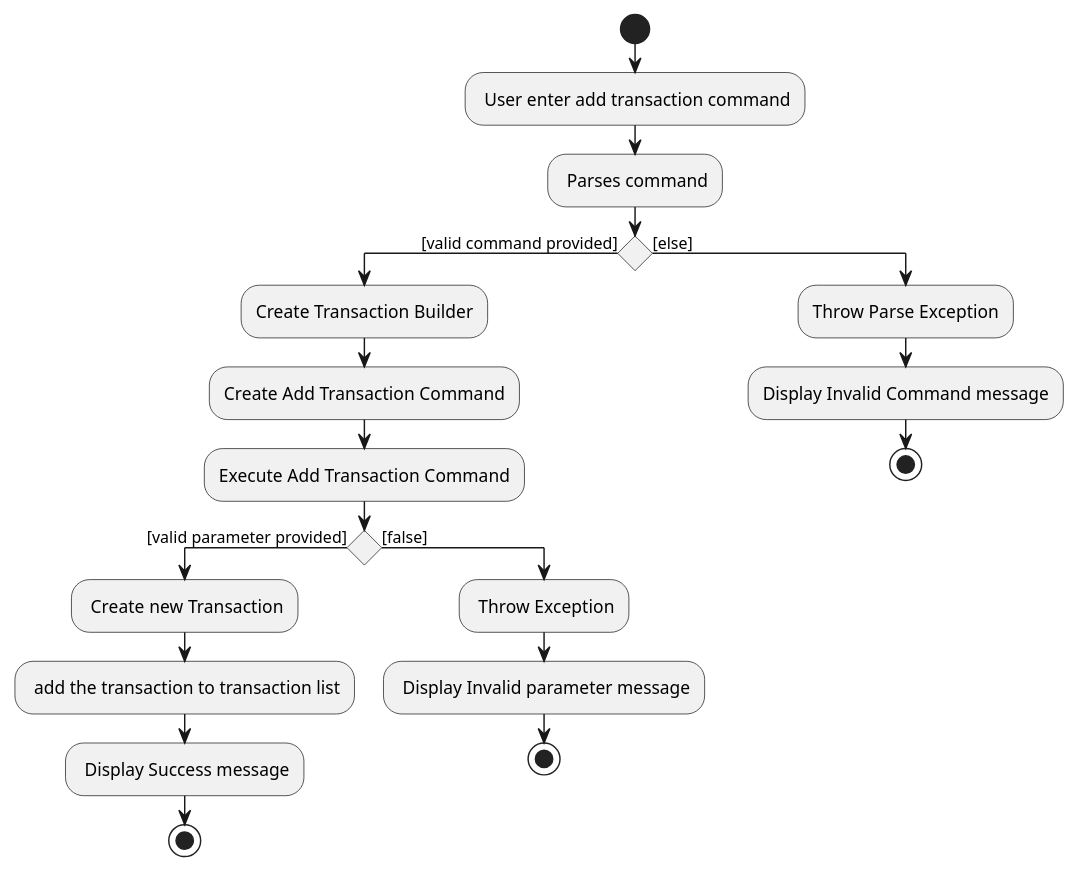
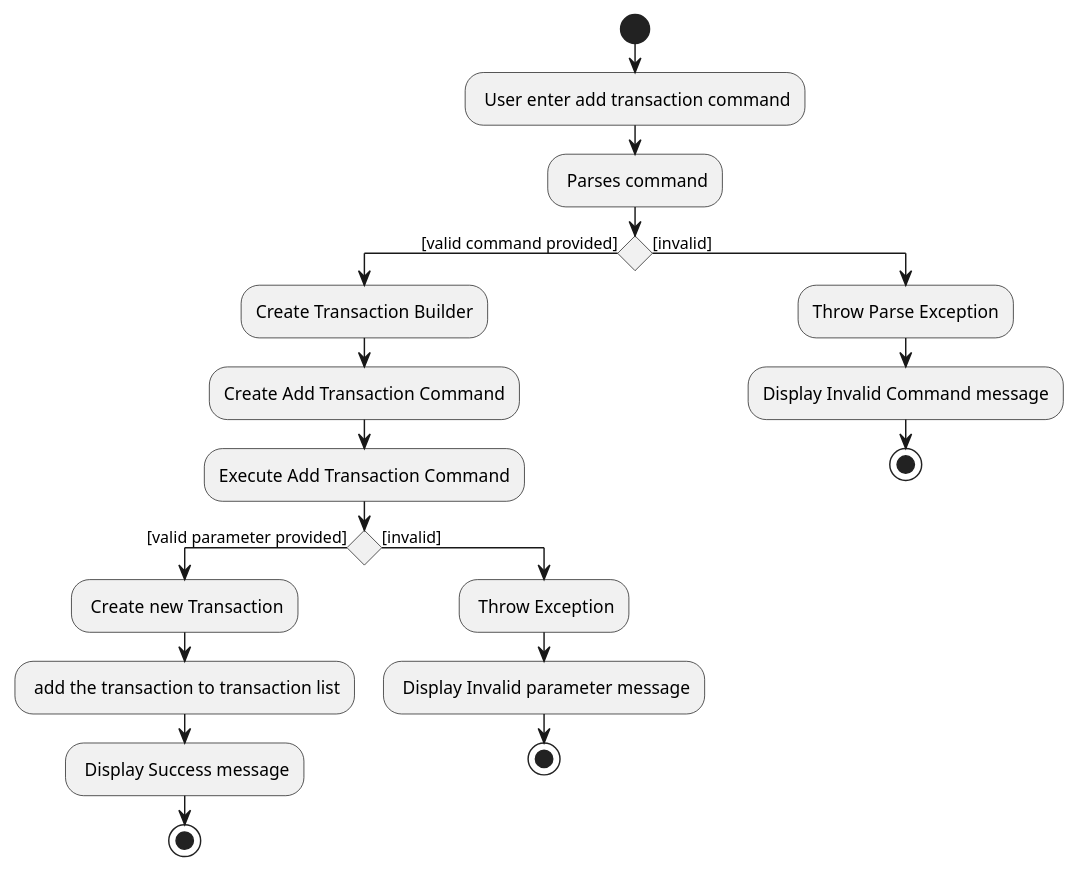
Before and after one commit to nus-cs2103-AY2122S2/tp: the diagram in docs/diagrams/AddTransactionActivityDiagram.puml, drawn with PlantUML. The commit also changed 1 other file, not shown here.

Commit message:
activity diagram for pay

```diff
--- a/docs/diagrams/AddTransactionActivityDiagram.puml
+++ b/docs/diagrams/AddTransactionActivityDiagram.puml
@@ -1,27 +1,27 @@
 @startuml
 start
 : User enter add transaction command;
 
 : Parses command;
 
 if () then ([valid command provided])
   :Create Transaction Builder;
   :Create Add Transaction Command;
   :Execute Add Transaction Command;
   if () then ([valid parameter provided])
   : Create new Transaction;
   : add the transaction to transaction list;
   : Display Success message;
   stop
-  else ([false])
+  else ([invalid])
    : Throw Exception;
    : Display Invalid parameter message;
    stop
   endif
-else ([else])
+else ([invalid])
   :Throw Parse Exception;
   :Display Invalid Command message;
   stop
 
 endif
 @enduml
```
